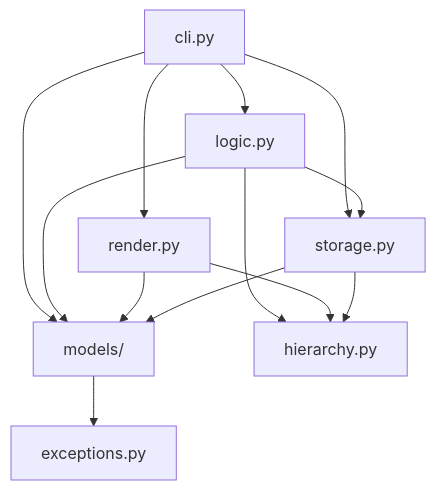
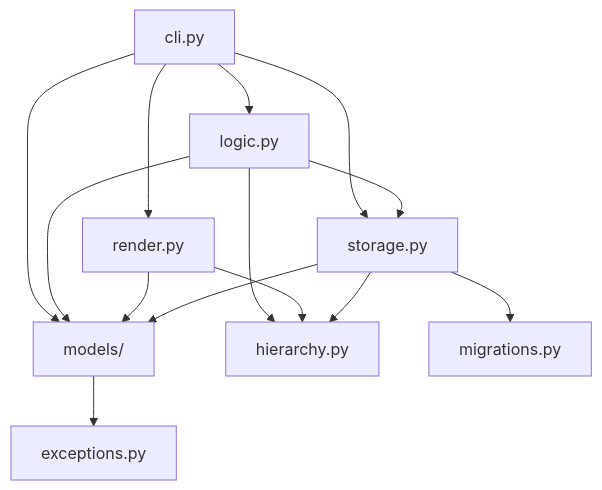
One commit to calvinmcelvain/taskli changed the diagram in .claude/ARCHITECTURE.md. Above: the diagram before and after it, drawn with Mermaid. The commit also changed other lines of this file and 17 other files, not shown here.

First line of the commit message:
refactor: Schema versioning, migrations.py, and tk --migrate (#101)

````diff
--- a/.claude/ARCHITECTURE.md
+++ b/.claude/ARCHITECTURE.md
@@ -66,15 +77,16 @@
 ```mermaid
 flowchart TD
     cli[cli.py] --> logic[logic.py]
     cli --> render[render.py]
     cli --> storage[storage.py]
     cli --> models[models/]
     logic --> storage[storage.py]
     logic --> models
     logic --> hierarchy[hierarchy.py]
     render --> models
     render --> hierarchy
     storage --> models
     storage --> hierarchy
+    storage --> migrations[migrations.py]
     models --> exc[exceptions.py]
 ```
````
